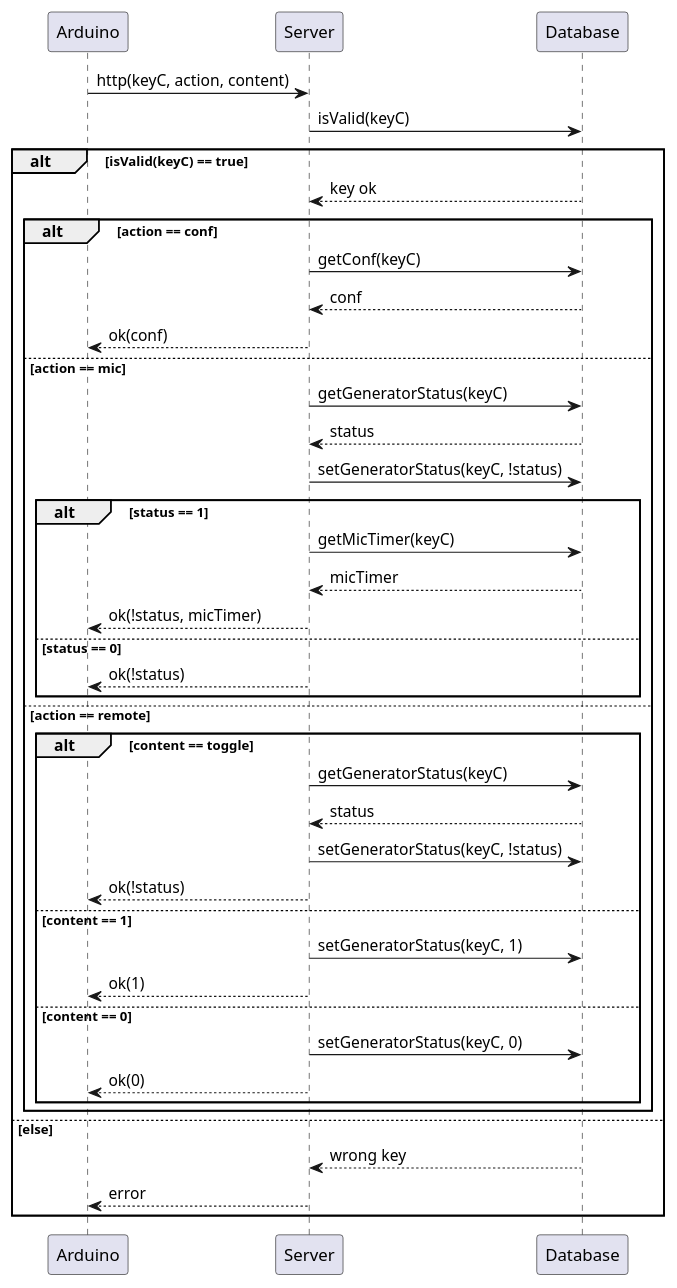
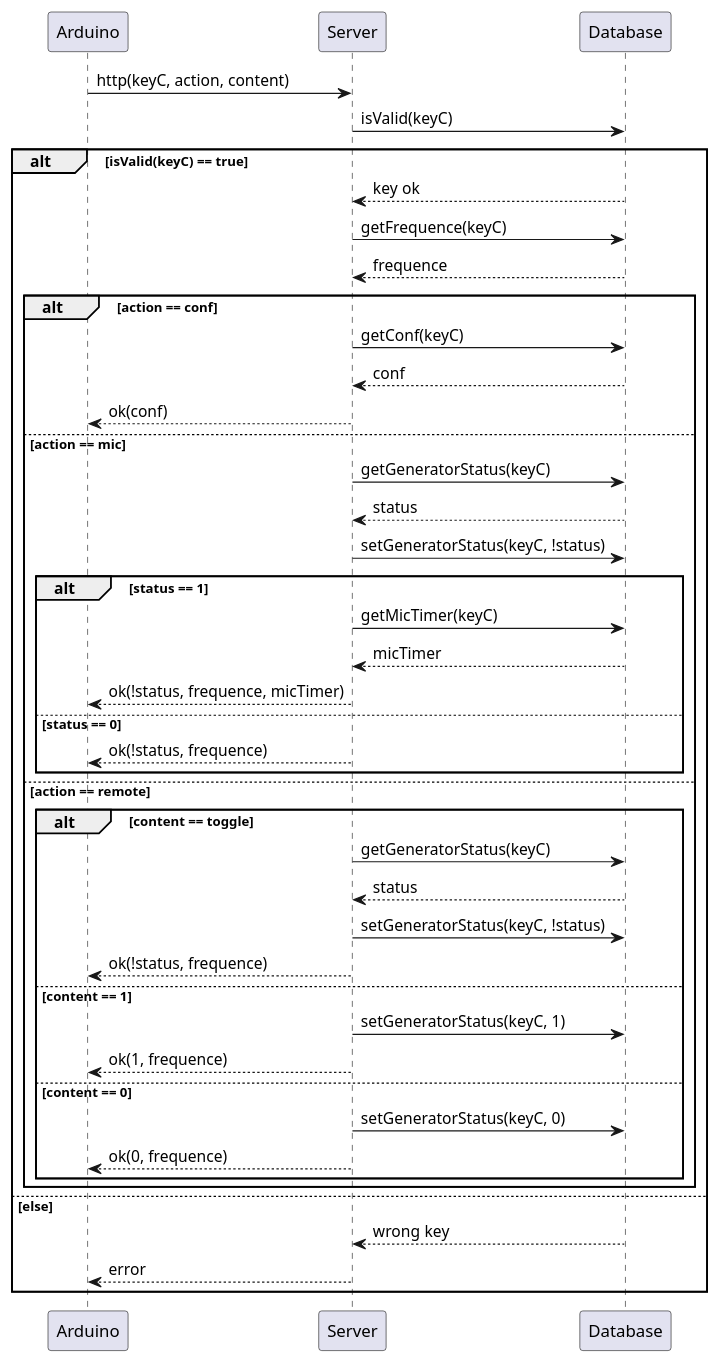
The diagram in design/acc/elements_relation.puml (giuliobosco/freqline), drawn with PlantUML before and after one commit.

Commit message:
fix elements_relation - frequence

```diff
--- a/design/acc/elements_relation.puml
+++ b/design/acc/elements_relation.puml
@@ -1,44 +1,47 @@
-@startuml
+@startuml elsements_relation
 
 Arduino -> Server : http(keyC, action, content)
 Server -> Database : isValid(keyC)
 
 alt isValid(keyC) == true
     Database --> Server : key ok
+    
+    Server -> Database : getFrequence(keyC)
+    Database --> Server : frequence
 
     alt action == conf
         Server -> Database : getConf(keyC)
         Database --> Server : conf
         Server --> Arduino : ok(conf)
     else action == mic
         Server -> Database : getGeneratorStatus(keyC)
         Database --> Server : status
 
         Server -> Database : setGeneratorStatus(keyC, !status)
         alt status == 1
             Server -> Database : getMicTimer(keyC)
             Database --> Server : micTimer
-            Server --> Arduino : ok(!status, micTimer)
+            Server --> Arduino : ok(!status, frequence, micTimer)
         else status == 0
-            Server --> Arduino : ok(!status)
+            Server --> Arduino : ok(!status, frequence)
         end
     else action == remote
         alt content == toggle
             Server -> Database : getGeneratorStatus(keyC)
             Database --> Server : status
             Server -> Database : setGeneratorStatus(keyC, !status)
-            Server --> Arduino : ok(!status)
+            Server --> Arduino : ok(!status, frequence)
         else content == 1
             Server -> Database : setGeneratorStatus(keyC, 1)
-            Server --> Arduino : ok(1)
+            Server --> Arduino : ok(1, frequence)
         else content == 0
             Server -> Database : setGeneratorStatus(keyC, 0)
-            Server --> Arduino : ok(0)
+            Server --> Arduino : ok(0, frequence)
         end
     end
 else else
     Database --> Server : wrong key
     Server --> Arduino : error
 end
 
 @enduml
```
